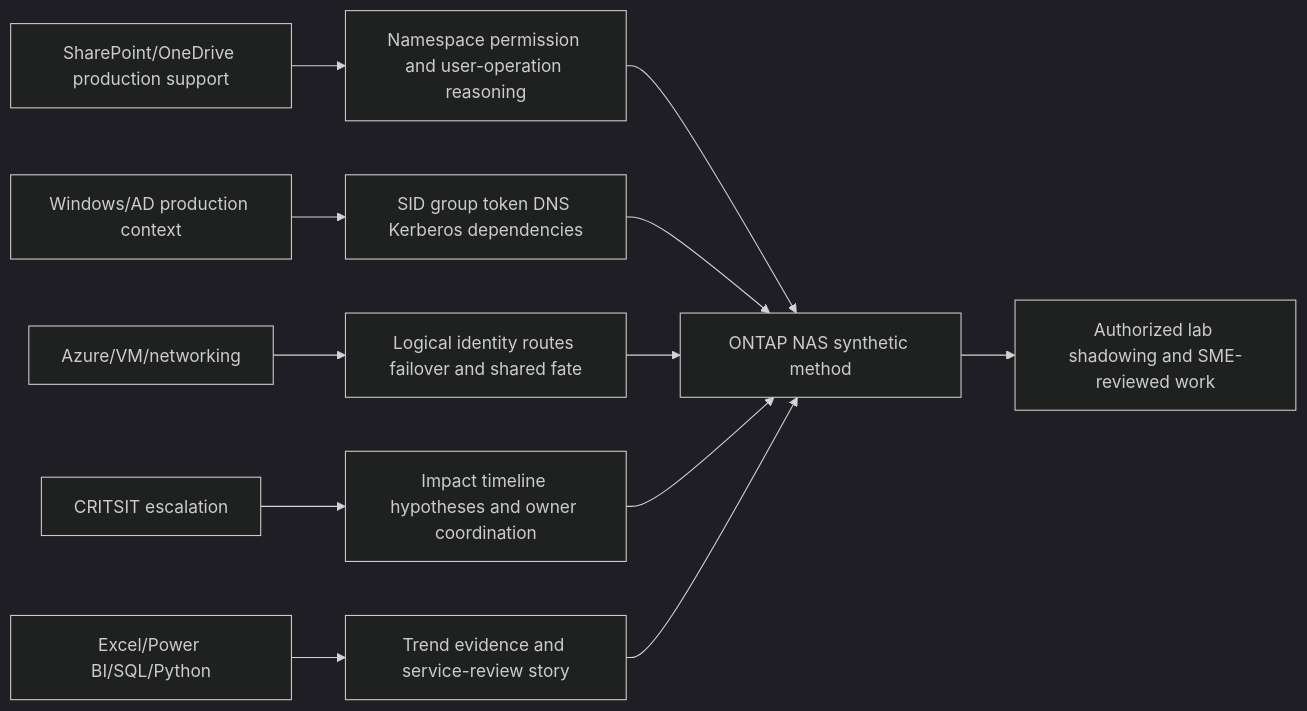
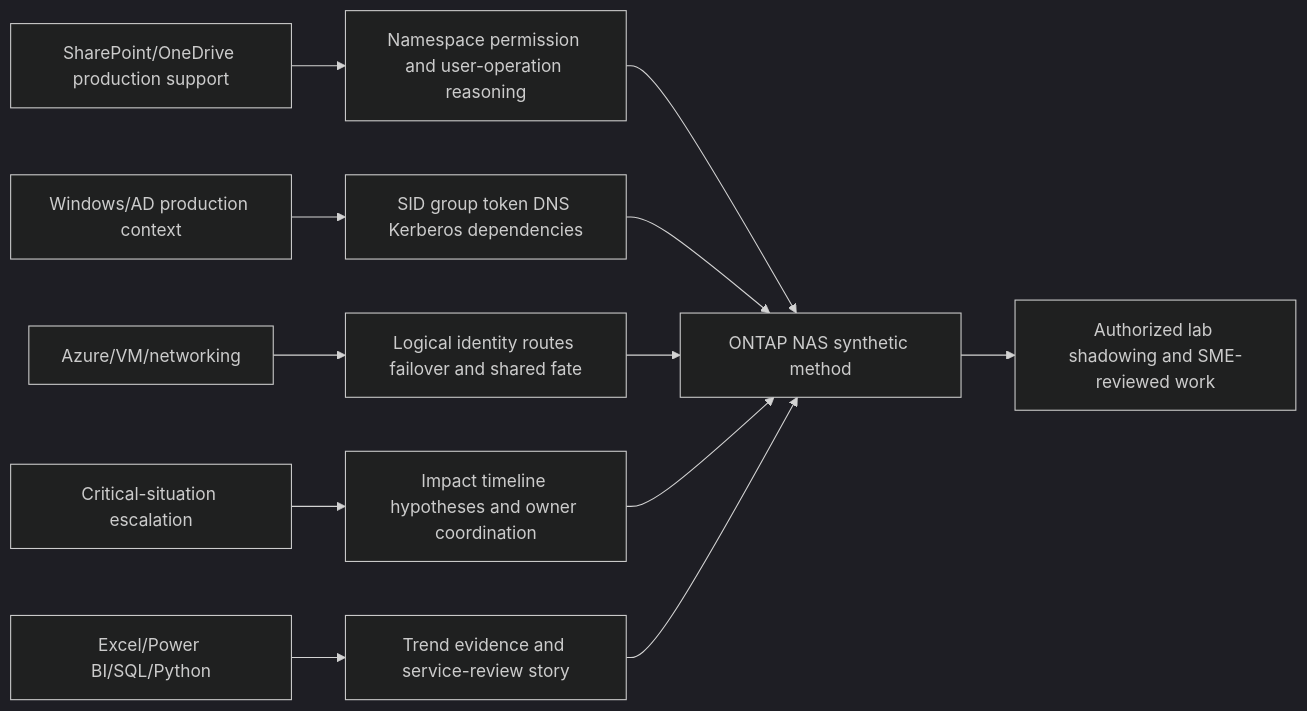
Diagram 21 of 22 in NetApp TAM/prep/Part-27-ontap-nas-architecture.md (hichauhan-in/Interview-Prep), drawn with Mermaid (dark theme) before and after one commit. The commit also changed other lines of this file and 493 other files, not shown here.

````diff
--- a/NetApp TAM/prep/Part-27-ontap-nas-architecture.md
+++ b/NetApp TAM/prep/Part-27-ontap-nas-architecture.md
@@ -716,14 +716,14 @@
 ```mermaid
 flowchart LR
     SPO[SharePoint/OneDrive production support] --> PATH[Namespace permission and user-operation reasoning]
     AD[Windows/AD production context] --> ID[SID group token DNS Kerberos dependencies]
     AZ[Azure/VM/networking] --> NET[Logical identity routes failover and shared fate]
-    CRIT[CRITSIT escalation] --> EVID[Impact timeline hypotheses and owner coordination]
+    CRIT[Critical-situation escalation] --> EVID[Impact timeline hypotheses and owner coordination]
     BI[Excel/Power BI/SQL/Python] --> ANALYZE[Trend evidence and service-review story]
     PATH --> NAS[ONTAP NAS synthetic method]
     ID --> NAS
     NET --> NAS
     EVID --> NAS
     ANALYZE --> NAS
     NAS --> FUTURE[Authorized lab shadowing and SME-reviewed work]
 ```
````
